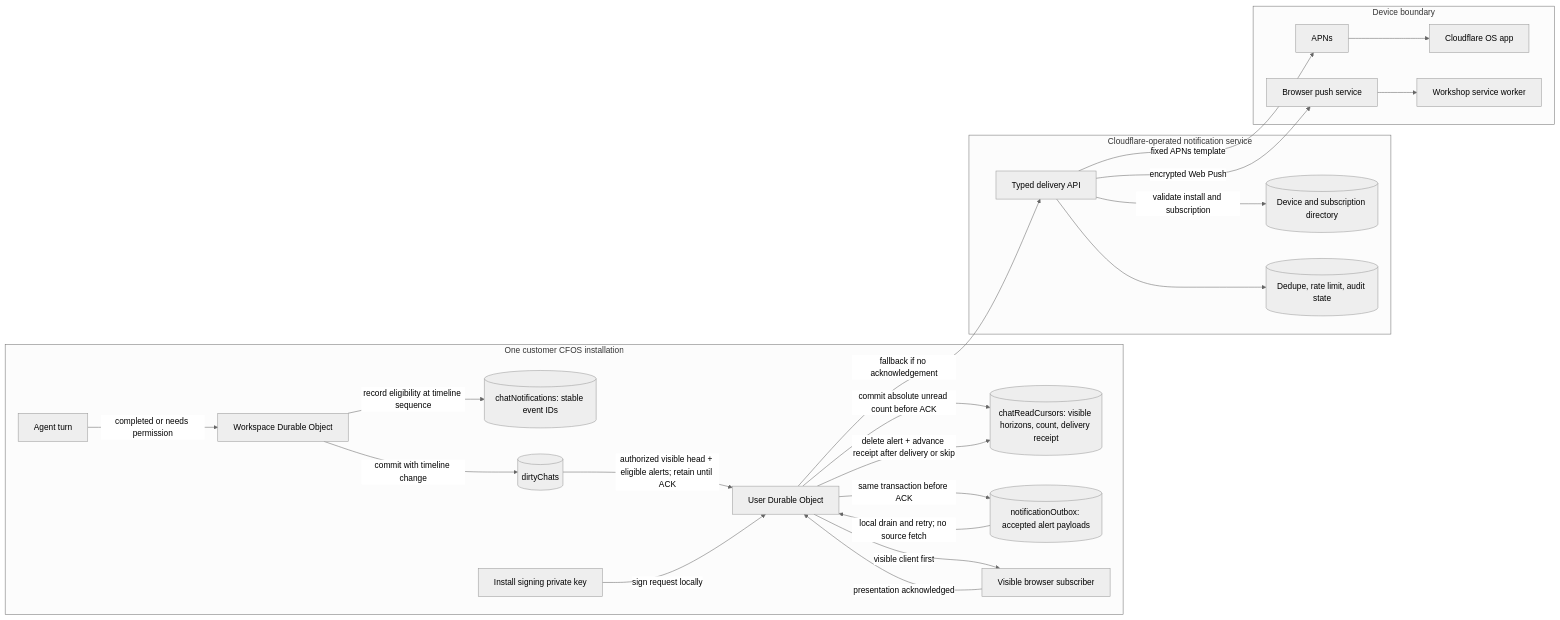
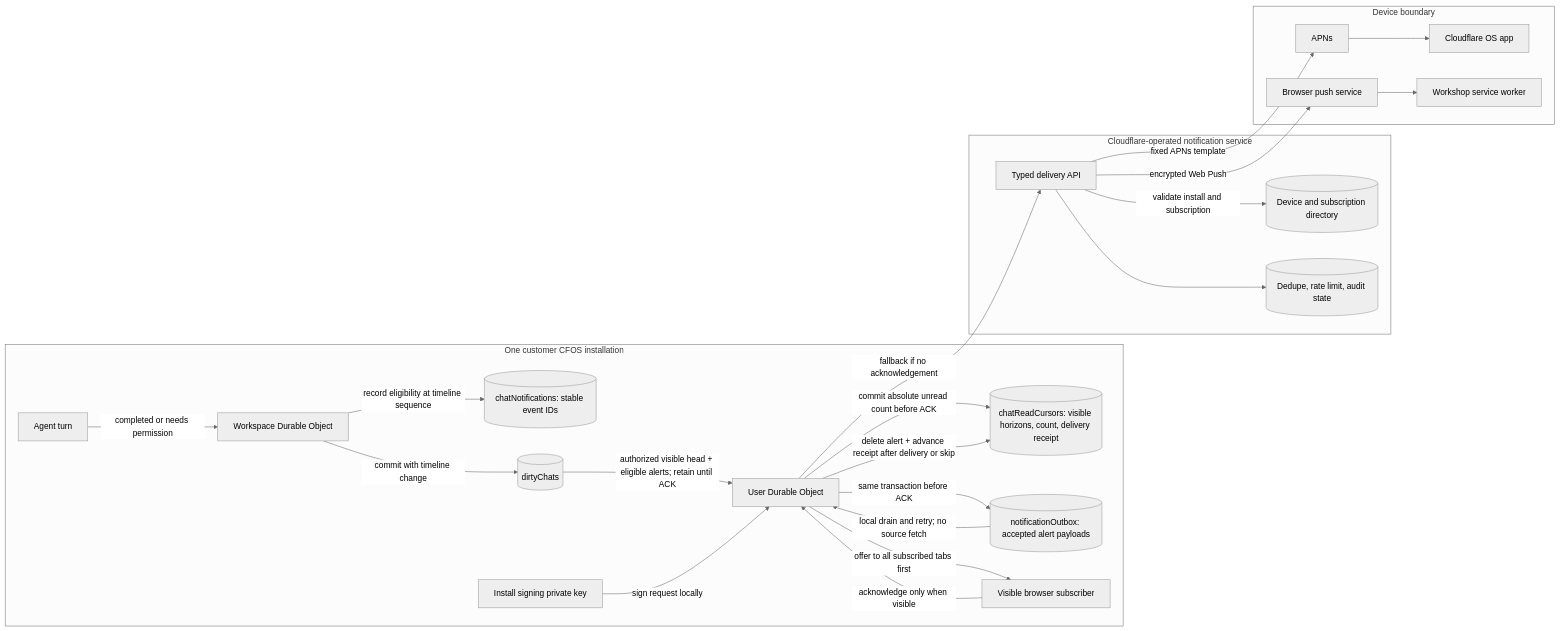
One commit to cloudflare/cloudflare-os changed the second of 2 diagrams in docs/notifications.md. Above: the diagram before and after it, drawn with Mermaid (neutral theme). The commit also changed other lines of this file and 36 other files, not shown here.

````diff
--- a/docs/notifications.md
+++ b/docs/notifications.md
@@ -145,46 +145,46 @@
 ```mermaid
 flowchart LR
   subgraph Install[One customer CFOS installation]
     Agent[Agent turn]
     Workspace[Workspace Durable Object]
     Candidates[(chatNotifications: stable event IDs)]
     SourceDirty[(dirtyChats)]
     User[User Durable Object]
     Cursor[(chatReadCursors: visible horizons, count, delivery receipt)]
     Outbox[(notificationOutbox: accepted alert payloads)]
     Browser[Visible browser subscriber]
     Key[Install signing private key]
   end
 
   subgraph Central[Cloudflare-operated notification service]
     Delivery[Typed delivery API]
     Registry[(Device and subscription directory)]
     Audit[(Dedupe, rate limit, audit state)]
   end
 
   subgraph Devices[Device boundary]
     APNS[APNs]
     App[Cloudflare OS app]
     WebPush[Browser push service]
     Worker[Workshop service worker]
   end
 
   Agent -->|completed or needs permission| Workspace
   Workspace -->|record eligibility at timeline sequence| Candidates
   Workspace -->|commit with timeline change| SourceDirty
   SourceDirty -->|authorized visible head + eligible alerts; retain until ACK| User
   User -->|commit absolute unread count before ACK| Cursor
   User -->|same transaction before ACK| Outbox
   Outbox -->|local drain and retry; no source fetch| User
-  User -->|visible client first| Browser
-  Browser -->|presentation acknowledged| User
+  User -->|offer to all subscribed tabs first| Browser
+  Browser -->|acknowledge only when visible| User
   User -->|delete alert + advance receipt after delivery or skip| Cursor
   User -->|fallback if no acknowledgement| Delivery
   Key -->|sign request locally| User
   Delivery -->|validate install and subscription| Registry
   Delivery --> Audit
   Delivery -->|fixed APNs template| APNS
   APNS --> App
   Delivery -->|encrypted Web Push| WebPush
   WebPush --> Worker
 ```
````
